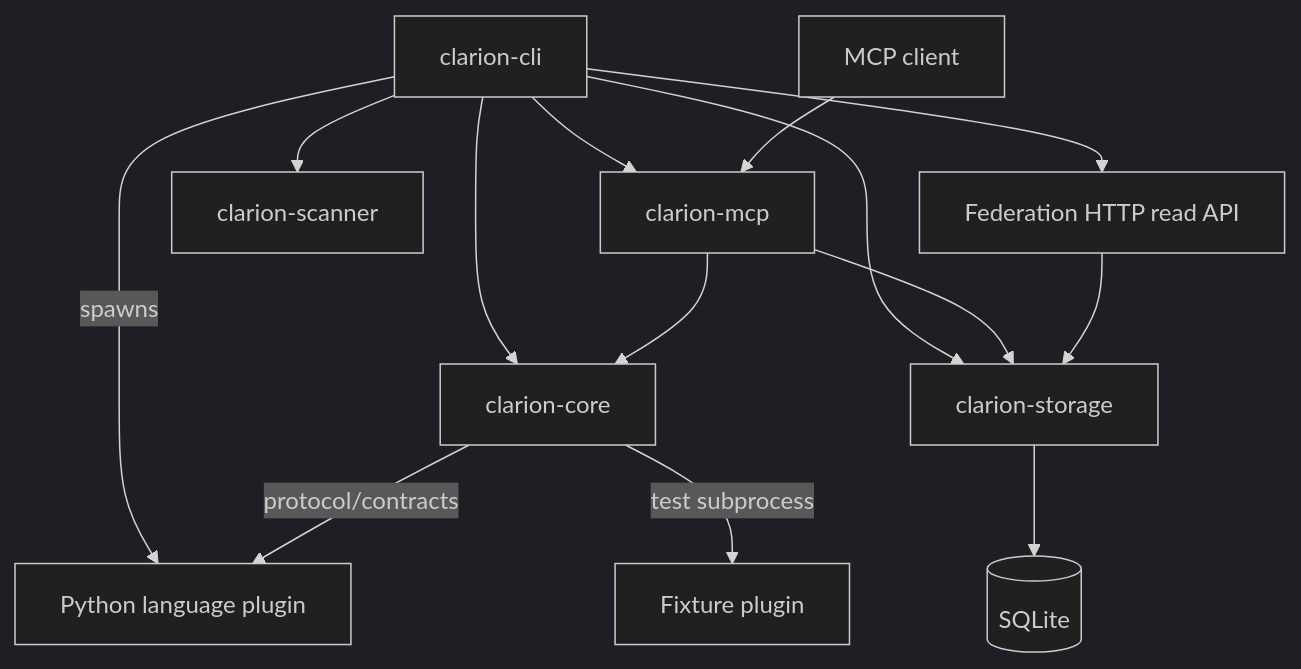
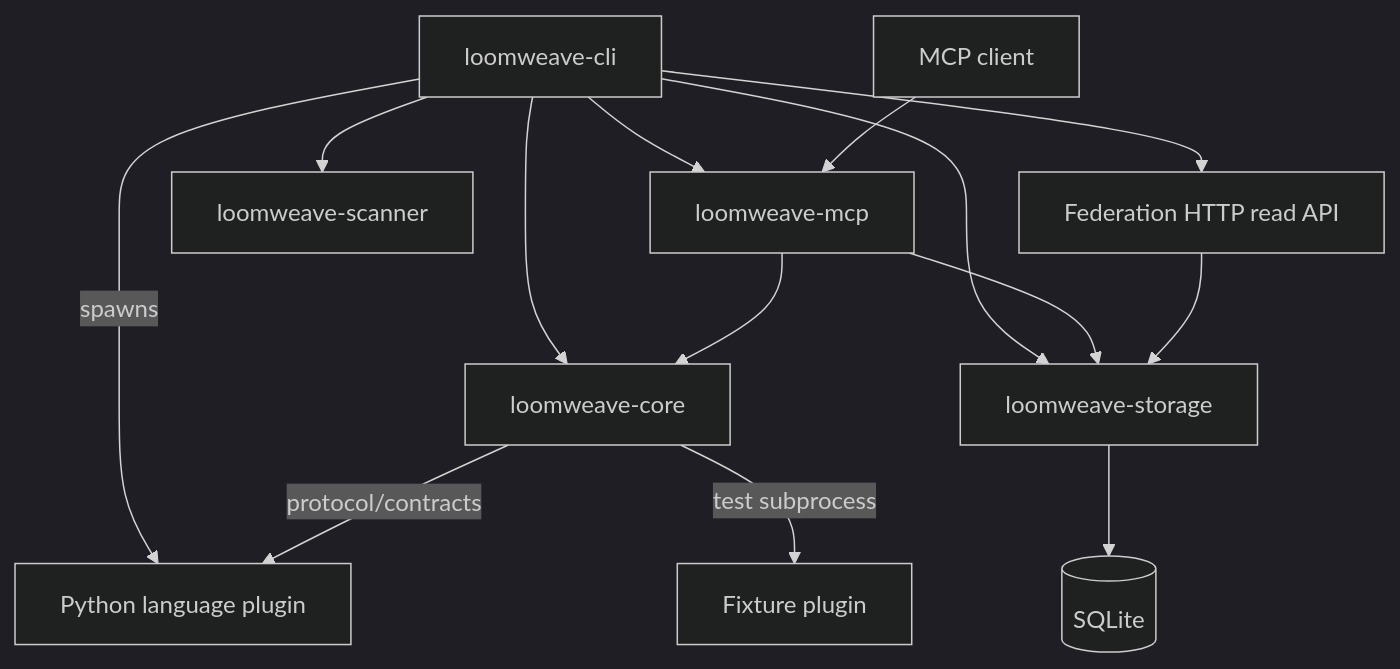
Before and after one commit to foundryside-dev/loomweave: the second of 6 diagrams in docs/implementation/arch-analysis-2026-05-20-2124/03-diagrams.md, drawn with Mermaid (dark theme). The commit also changed other lines of this file and 614 other files, not shown here.

First line of the commit message:
refactor!: rename Clarion→Loomweave, Loom→Weft; recut 1.3.0→1.0.0

````diff
--- a/docs/implementation/arch-analysis-2026-05-20-2124/03-diagrams.md
+++ b/docs/implementation/arch-analysis-2026-05-20-2124/03-diagrams.md
@@ -28,27 +28,27 @@
 ```mermaid
 flowchart TB
-    CLI[clarion-cli]
-    Core[clarion-core]
-    Storage[clarion-storage]
-    MCP[clarion-mcp]
-    Scanner[clarion-scanner]
+    CLI[loomweave-cli]
+    Core[loomweave-core]
+    Storage[loomweave-storage]
+    MCP[loomweave-mcp]
+    Scanner[loomweave-scanner]
     Py[Python language plugin]
     Fixture[Fixture plugin]
     DB[(SQLite)]
     HTTP[Federation HTTP read API]
     Agent[MCP client]
 
     CLI --> Core
     CLI --> Storage
     CLI --> Scanner
     CLI --> MCP
     CLI --> HTTP
     CLI -->|spawns| Py
     Core -->|protocol/contracts| Py
     Core -->|test subprocess| Fixture
     Storage --> DB
     MCP --> Storage
     MCP --> Core
     HTTP --> Storage
     Agent --> MCP
 ```
````
